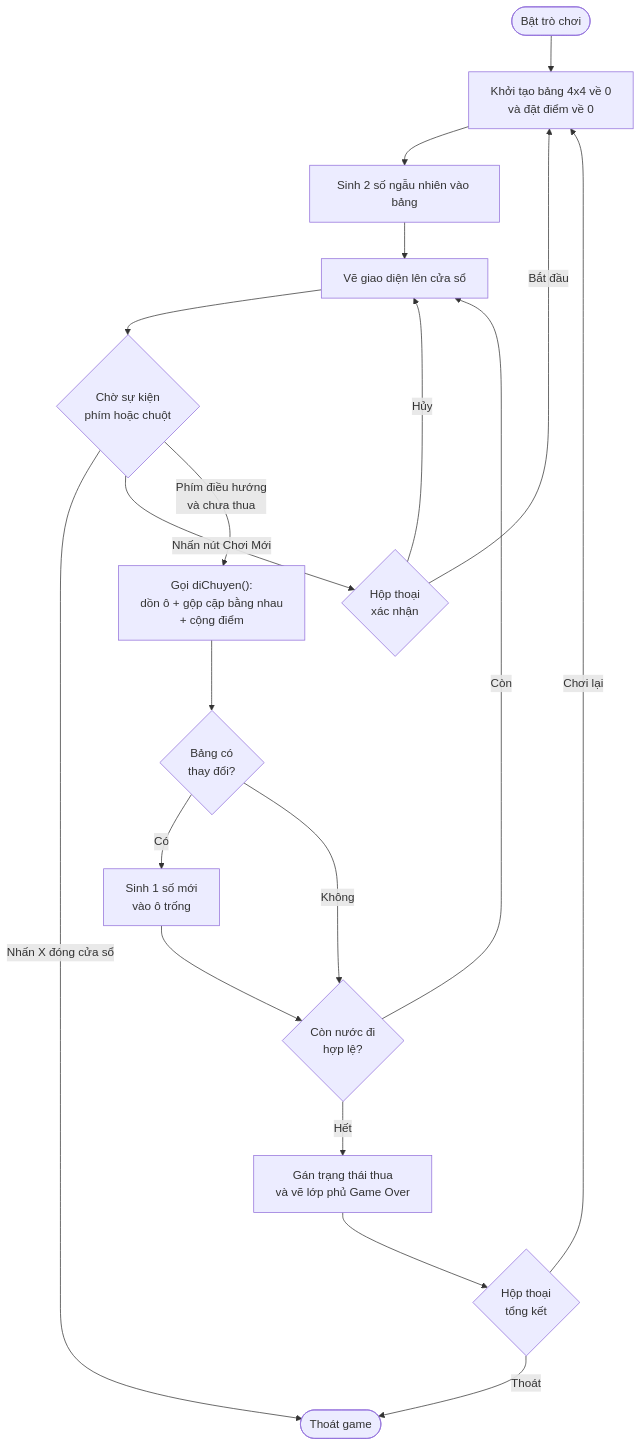
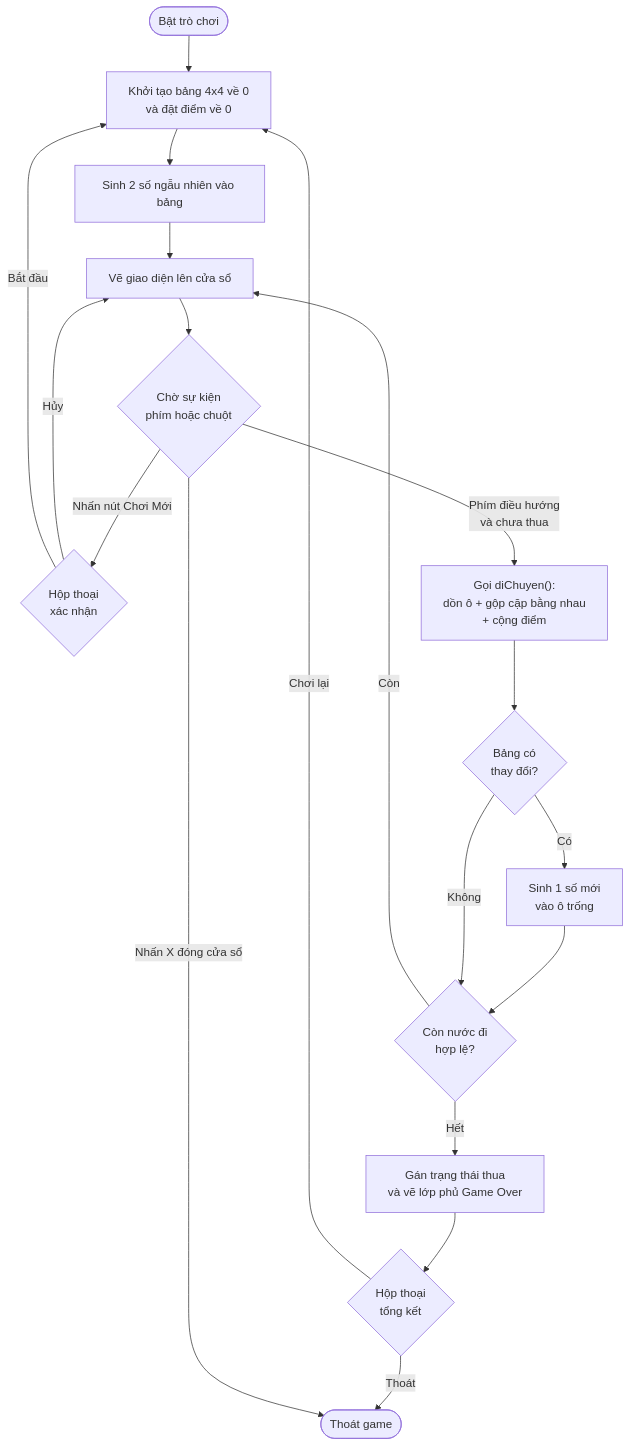
Before and after one commit to Giangcutephomaique/game__2048: the diagram in README.md, drawn with Mermaid.

Commit message:
Sắp xếp lại thứ tự khai báo edge trong sơ đồ Mermaid để render đẹp hơn

````diff
--- a/README.md
+++ b/README.md
@@ -53,24 +53,24 @@
 ```mermaid
 flowchart TD
     A([Bật trò chơi]) --> N[Khởi tạo bảng 4x4 về 0\nvà đặt điểm về 0]
     N --> B[Sinh 2 số ngẫu nhiên vào bảng]
     B --> H[Vẽ giao diện lên cửa sổ]
     H --> C{Chờ sự kiện\nphím hoặc chuột}
-
-    C -- Nhấn X đóng cửa sổ --> O([Thoát game])
 
     C -- Nhấn nút Chơi Mới --> P{Hộp thoại\nxác nhận}
     P -- Hủy --> H
     P -- Bắt đầu --> N
 
     C -- Phím điều hướng\nvà chưa thua --> D["Gọi diChuyen():\ndồn ô + gộp cặp bằng nhau\n+ cộng điểm"]
     D --> I{Bảng có\nthay đổi?}
     I -- Có --> J[Sinh 1 số mới\nvào ô trống]
+    J --> K{Còn nước đi\nhợp lệ?}
     I -- Không --> K
-    J --> K{Còn nước đi\nhợp lệ?}
     K -- Còn --> H
     K -- Hết --> L["Gán trạng thái thua\nvà vẽ lớp phủ Game Over"]
     L --> M{Hộp thoại\ntổng kết}
     M -- Chơi lại --> N
-    M -- Thoát --> O
+    M -- Thoát --> O([Thoát game])
+
+    C -- Nhấn X đóng cửa sổ --> O
 ```
````
